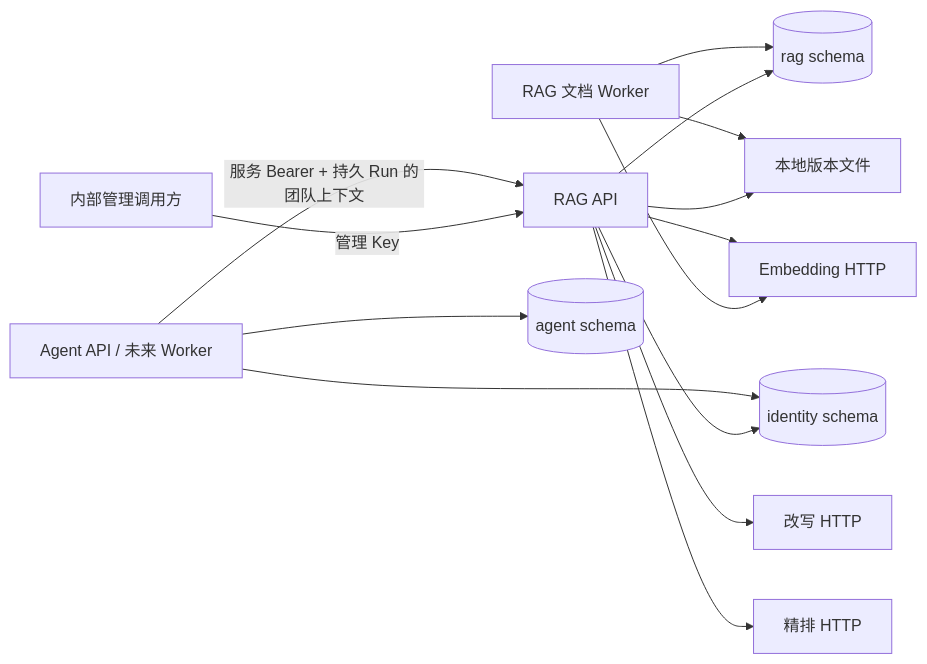
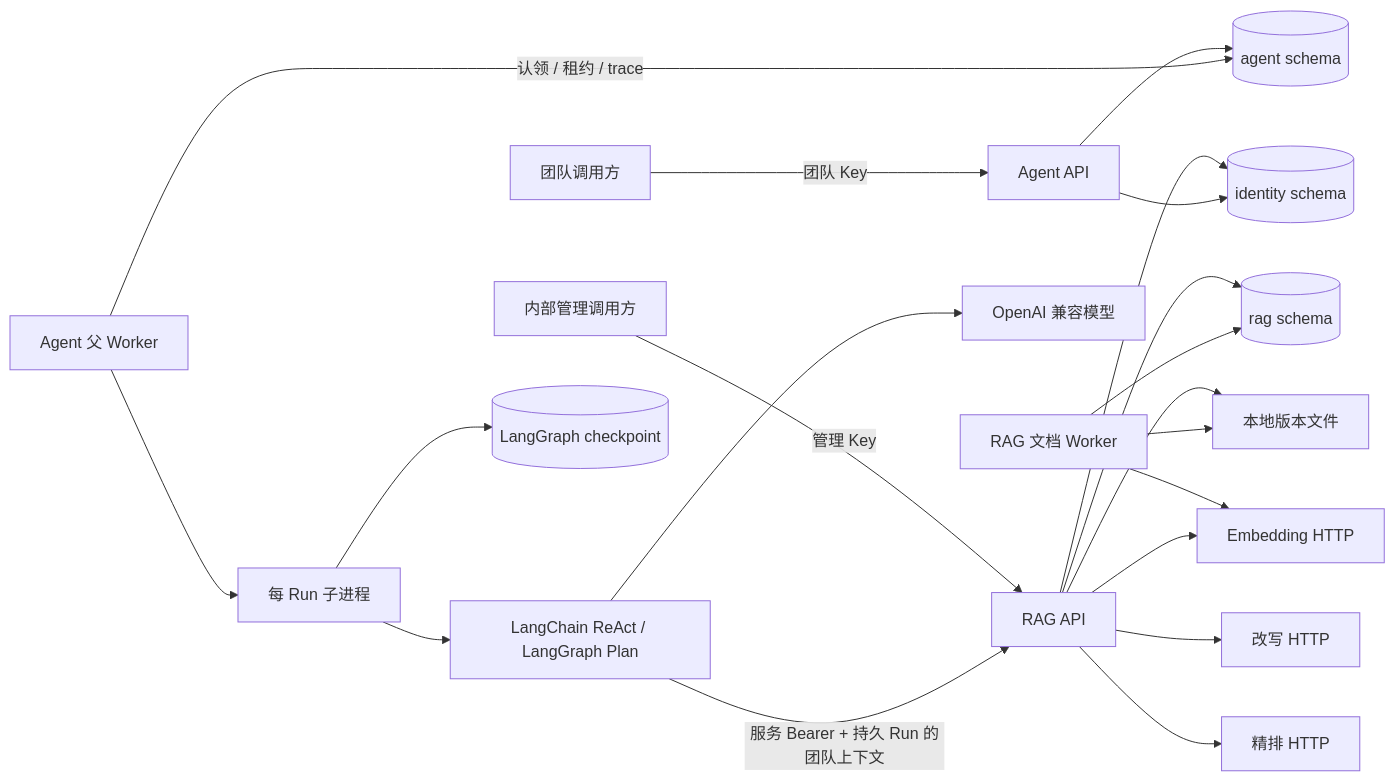
One commit to bleedgreen0921/agent changed the diagram in docs/architecture.md. Above: the diagram before and after it, drawn with Mermaid. The commit also changed other lines of this file and 16 other files, not shown here.

Commit message:
Implement agent run execution and dual modes

````diff
--- a/docs/architecture.md
+++ b/docs/architecture.md
@@ -3,16 +3,22 @@
 ```mermaid
 flowchart LR
     Admin[内部管理调用方] -->|管理 Key| RAG[RAG API]
-    Agent[Agent API / 未来 Worker] -->|服务 Bearer + 持久 Run 的团队上下文| RAG
+    Client[团队调用方] -->|团队 Key| AgentAPI[Agent API]
+    AgentAPI --> AD[(agent schema)]
+    AgentWorker[Agent 父 Worker] -->|认领 / 租约 / trace| AD
+    AgentWorker --> Child[每 Run 子进程]
+    Child --> Graph[LangChain ReAct / LangGraph Plan]
+    Graph --> Model[OpenAI 兼容模型]
+    Graph -->|服务 Bearer + 持久 Run 的团队上下文| RAG
     RAG --> ID[(identity schema)]
     RAG --> RD[(rag schema)]
     RAG --> Files[本地版本文件]
     Worker[RAG 文档 Worker] --> RD
     Worker --> Files
     Worker --> Embed[Embedding HTTP]
     RAG --> Embed
     RAG --> Rewrite[改写 HTTP]
     RAG --> Rerank[精排 HTTP]
-    Agent --> AD[(agent schema)]
-    Agent --> ID
+    AgentAPI --> ID
+    Child --> CP[(LangGraph checkpoint)]
 ```
````
